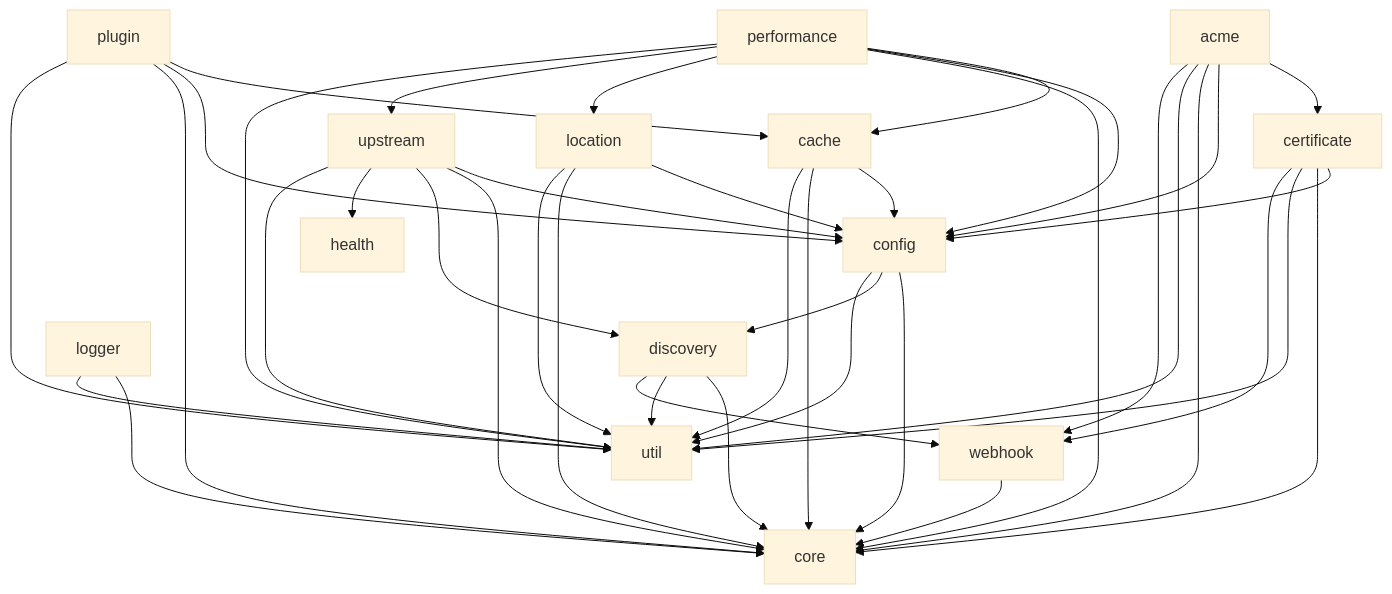
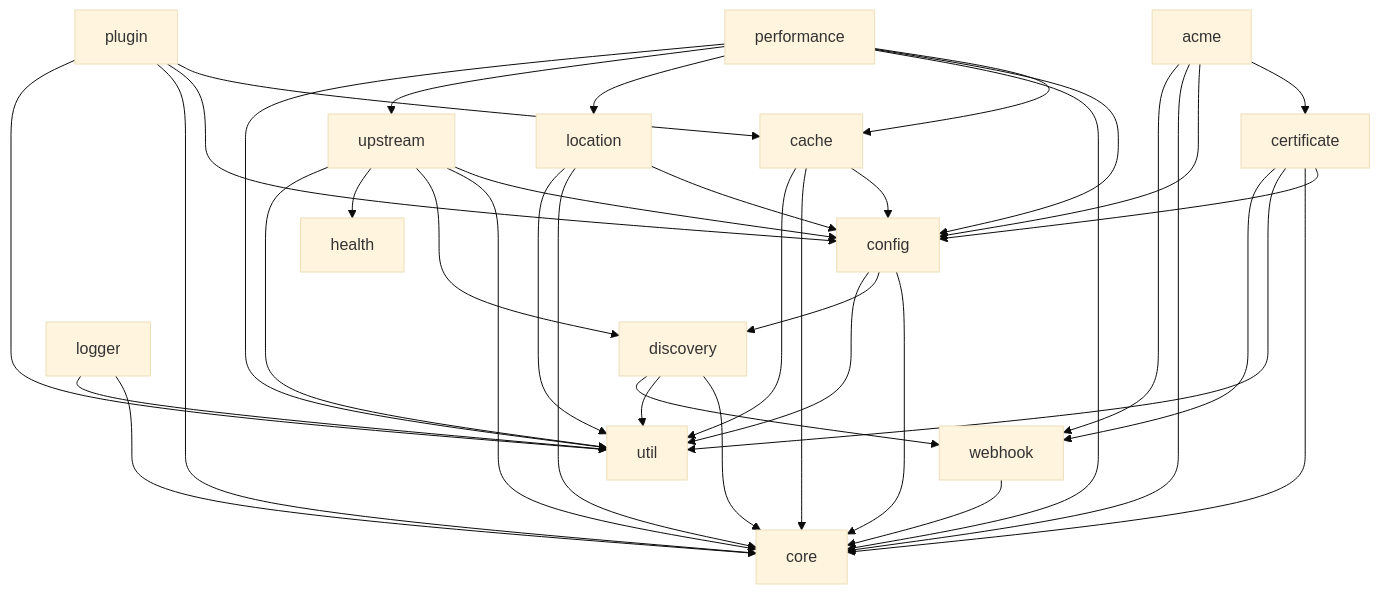
The diagram in docs/modules.md (vicanso/pingap), drawn with Mermaid (base theme) before and after one commit. The commit also changed other lines of this file and 15 other files, not shown here.

````diff
--- a/docs/modules.md
+++ b/docs/modules.md
@@ -21,52 +21,51 @@
 ```mermaid
 graph TD
     acme --> certificate
     acme --> config
     acme --> core
-    acme --> util
     acme --> webhook
 
     cache --> config
     cache --> core
     cache --> util
 
     certificate --> config
     certificate --> core
     certificate --> util
     certificate --> webhook
 
     config --> core
     config --> discovery
     config --> util
 
     discovery --> core
     discovery --> util
     discovery --> webhook
 
     location --> config
     location --> core
     location --> util
 
     logger --> core
     logger --> util
 
     performance --> cache
     performance --> config
     performance --> core
     performance --> location
     performance --> upstream
     performance --> util
 
     plugin --> cache
     plugin --> config
     plugin --> core
     plugin --> util
 
     upstream --> config
     upstream --> core
     upstream --> discovery
     upstream --> health
     upstream --> util
 
     webhook --> core
 ```
````
